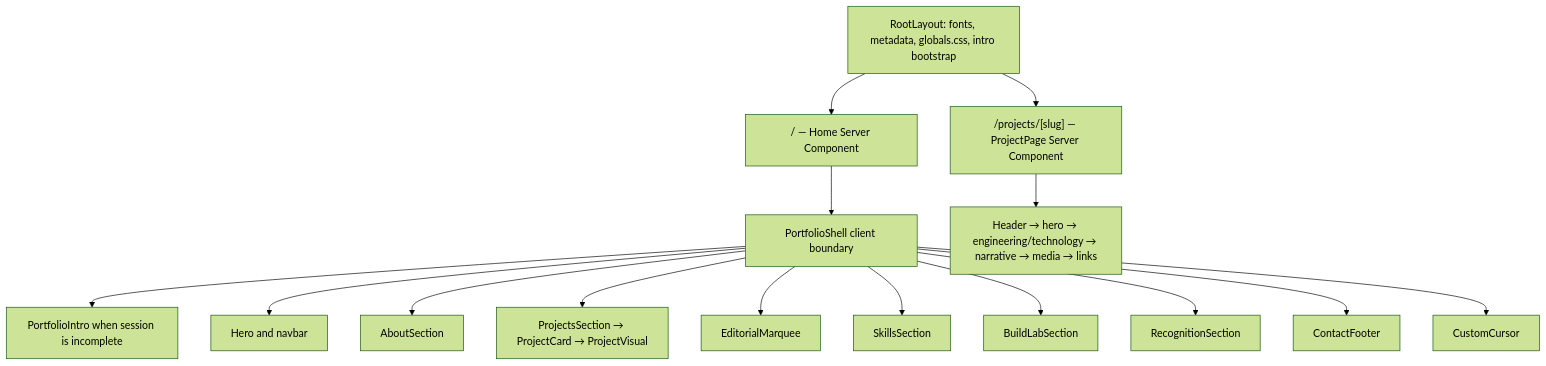
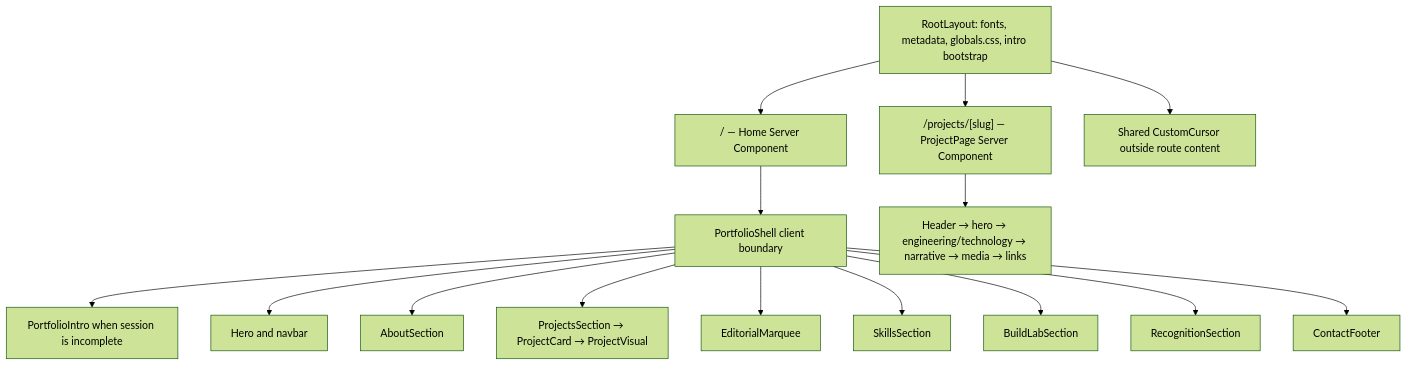
Before and after one commit to Ankush9740/ankush-portfolio: the first of 3 diagrams in docs/PROJECT-ARCHITECTURE.md, drawn with Mermaid (forest theme). The commit also changed other lines of this file and 7 other files, not shown here.

Commit message:
fix: unify custom cursor across portfolio pages

````diff
--- a/docs/PROJECT-ARCHITECTURE.md
+++ b/docs/PROJECT-ARCHITECTURE.md
@@ -57,18 +57,18 @@
 ```mermaid
 flowchart TD
   Root["RootLayout: fonts, metadata, globals.css, intro bootstrap"]
   Root --> Home["/ — Home Server Component"]
   Root --> Case["/projects/[slug] — ProjectPage Server Component"]
   Home --> Shell["PortfolioShell client boundary"]
   Shell --> Intro["PortfolioIntro when session is incomplete"]
   Shell --> Hero["Hero and navbar"]
   Shell --> About["AboutSection"]
   Shell --> Work["ProjectsSection → ProjectCard → ProjectVisual"]
   Shell --> Marquee["EditorialMarquee"]
   Shell --> Skills["SkillsSection"]
   Shell --> Lab["BuildLabSection"]
   Shell --> Certs["RecognitionSection"]
   Shell --> Contact["ContactFooter"]
-  Shell --> Cursor["CustomCursor"]
+  Root --> Cursor["Shared CustomCursor outside route content"]
   Case --> CaseParts["Header → hero → engineering/technology → narrative → media → links"]
 ```
````
